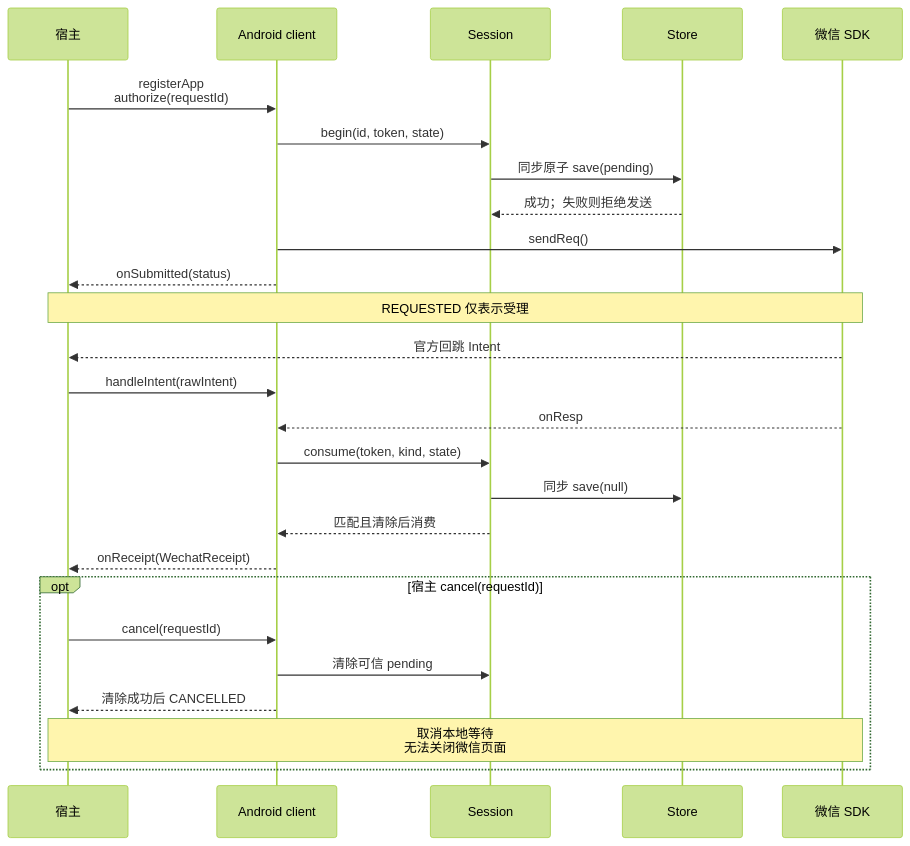
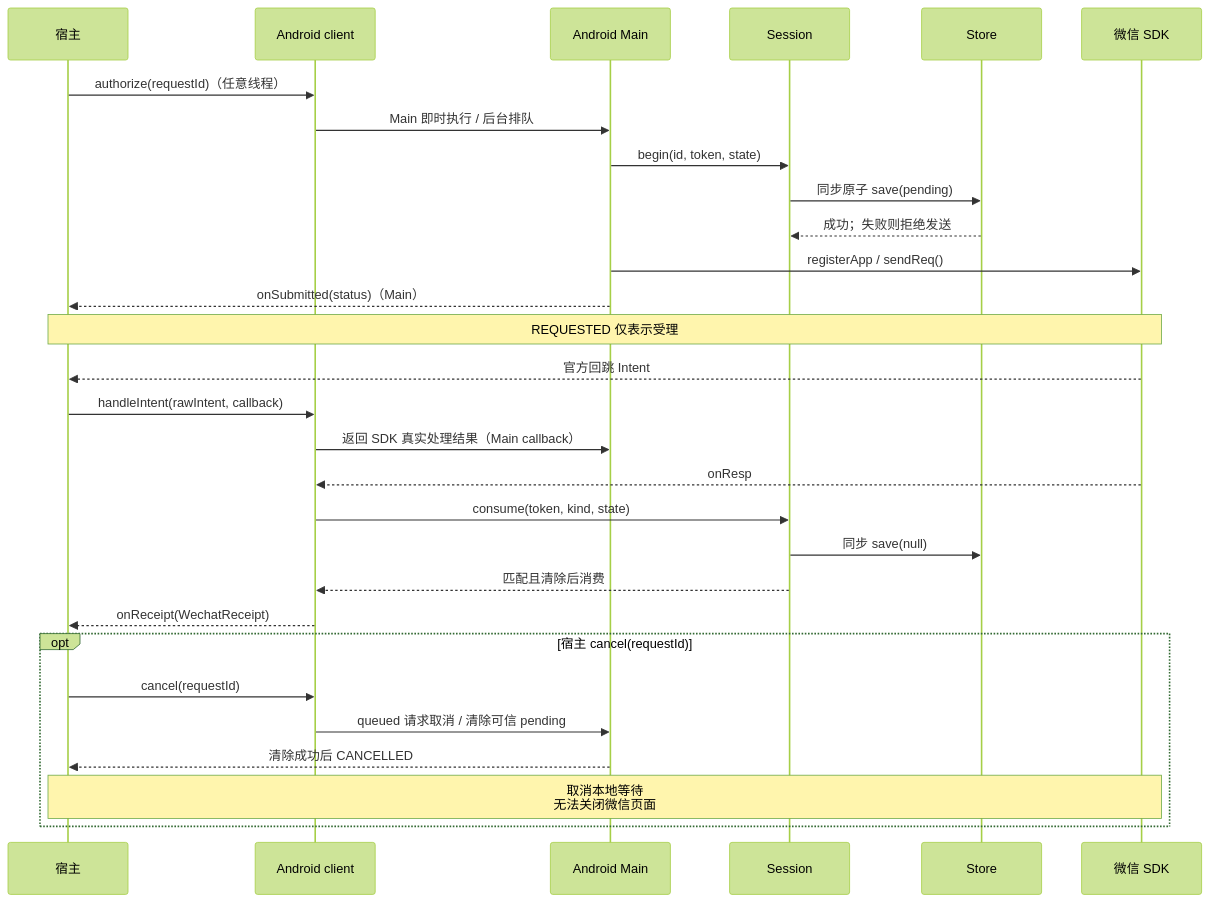
Before and after one commit to gycrosskit/wechat: the second of 3 diagrams in README.md, drawn with Mermaid (forest theme). The commit also changed other lines of this file and 10 other files, not shown here.

Commit message:
fix(wechat): serialize Android SDK requests and callbacks on Main

````diff
--- a/README.md
+++ b/README.md
@@ -28,28 +28,31 @@
 ```mermaid
 sequenceDiagram
     participant H as 宿主
     participant C as Android client
+    participant M as Android Main
     participant P as Session
     participant T as Store
     participant W as 微信 SDK
-    H->>C: registerApp<br/>authorize(requestId)
-    C->>P: begin(id, token, state)
+    H->>C: authorize(requestId)（任意线程）
+    C->>M: Main 即时执行 / 后台排队
+    M->>P: begin(id, token, state)
     P->>T: 同步原子 save(pending)
     T-->>P: 成功；失败则拒绝发送
-    C->>W: sendReq()
-    C-->>H: onSubmitted(status)
+    M->>W: registerApp / sendReq()
+    M-->>H: onSubmitted(status)（Main）
     Note over H,W: REQUESTED 仅表示受理
     W-->>H: 官方回跳 Intent
-    H->>C: handleIntent(rawIntent)
+    H->>C: handleIntent(rawIntent, callback)
+    C->>M: 返回 SDK 真实处理结果（Main callback）
     W-->>C: onResp
     C->>P: consume(token, kind, state)
     P->>T: 同步 save(null)
     P-->>C: 匹配且清除后消费
     C-->>H: onReceipt(WechatReceipt)
     opt 宿主 cancel(requestId)
         H->>C: cancel(requestId)
-        C->>P: 清除可信 pending
-        C-->>H: 清除成功后 CANCELLED
+        C->>M: queued 请求取消 / 清除可信 pending
+        M-->>H: 清除成功后 CANCELLED
         Note over H,W: 取消本地等待<br/>无法关闭微信页面
     end
 ```
````
